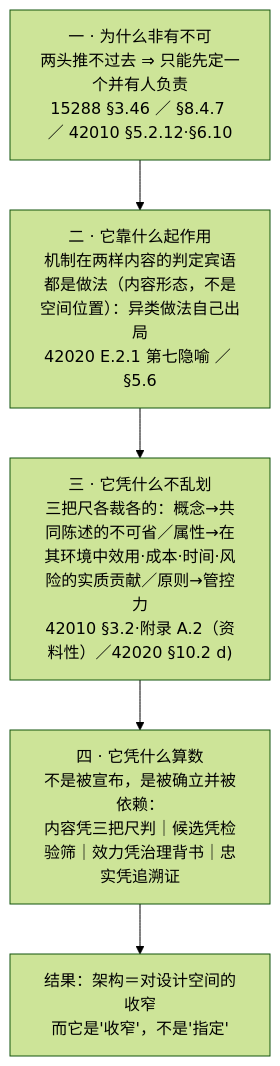
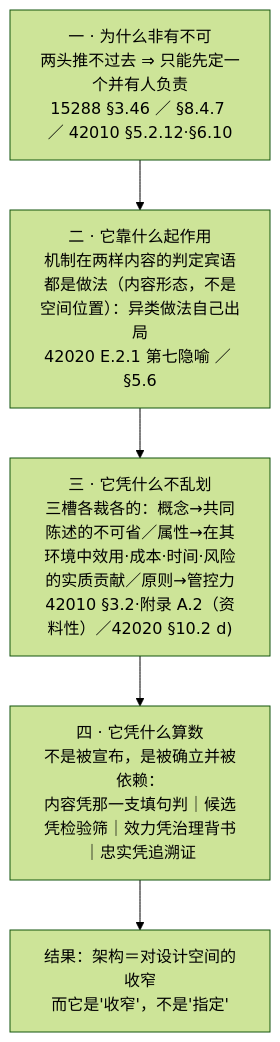
One commit to Yongjunzhou/business-Engineering changed the first of 9 diagrams in 10-系统工程研究/00-系统工程相关研究报告/35-架构定义与视图设计研究报告-从意义目的到产品数据与四案例.md. Above: the diagram before and after it, drawn with Mermaid (forest theme). The commit also changed other lines of this file and 7 other files, not shown here.

````diff
--- a/10-系统工程研究/00-系统工程相关研究报告/35-架构定义与视图设计研究报告-从意义目的到产品数据与四案例.md
+++ b/10-系统工程研究/00-系统工程相关研究报告/35-架构定义与视图设计研究报告-从意义目的到产品数据与四案例.md
@@ -122,7 +122,7 @@
 ```mermaid
 flowchart TD
     A["一 · 为什么非有不可<br/>两头推不过去 ⇒ 只能先定一个并有人负责<br/>15288 §3.46 ／ §8.4.7 ／ 42010 §5.2.12·§6.10"] --> B["二 · 它靠什么起作用<br/>机制在两样内容的判定宾语都是做法（内容形态，不是空间位置）：异类做法自己出局<br/>42020 E.2.1 第七隐喻 ／ §5.6"]
-    B --> C["三 · 它凭什么不乱划<br/>三把尺各裁各的：概念→共同陈述的不可省／属性→在其环境中效用·成本·时间·风险的实质贡献／原则→管控力<br/>42010 §3.2·附录 A.2（资料性）／42020 §10.2 d)"]
-    C --> D["四 · 它凭什么算数<br/>不是被宣布，是被确立并被依赖：<br/>内容凭三把尺判｜候选凭检验筛｜效力凭治理背书｜忠实凭追溯证"]
+    B --> C["三 · 它凭什么不乱划<br/>三槽各裁各的：概念→共同陈述的不可省／属性→在其环境中效用·成本·时间·风险的实质贡献／原则→管控力<br/>42010 §3.2·附录 A.2（资料性）／42020 §10.2 d)"]
+    C --> D["四 · 它凭什么算数<br/>不是被宣布，是被确立并被依赖：<br/>内容凭那一支填句判｜候选凭检验筛｜效力凭治理背书｜忠实凭追溯证"]
     D --> E["结果：架构＝对设计空间的收窄<br/>而它是'收窄'，不是'指定'"]
 ```
````
